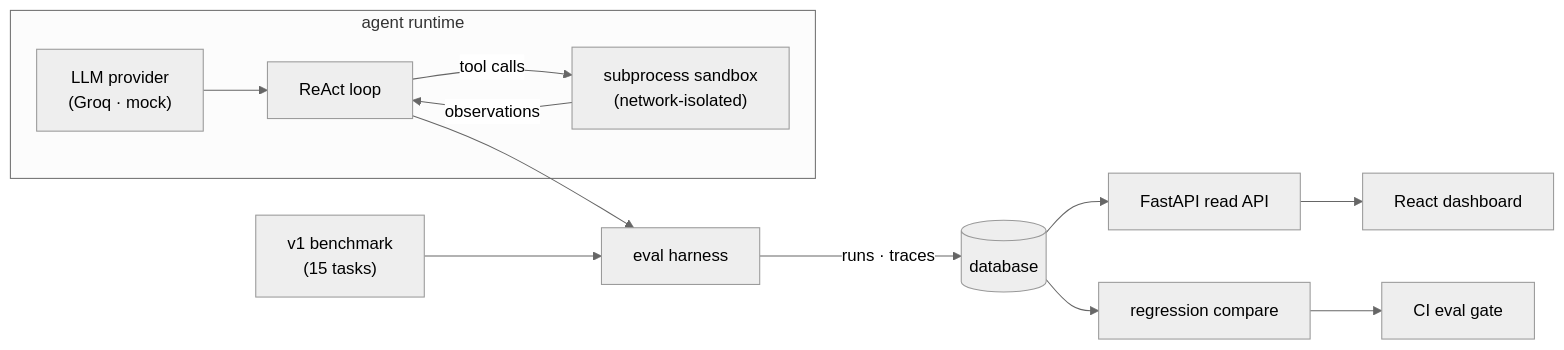
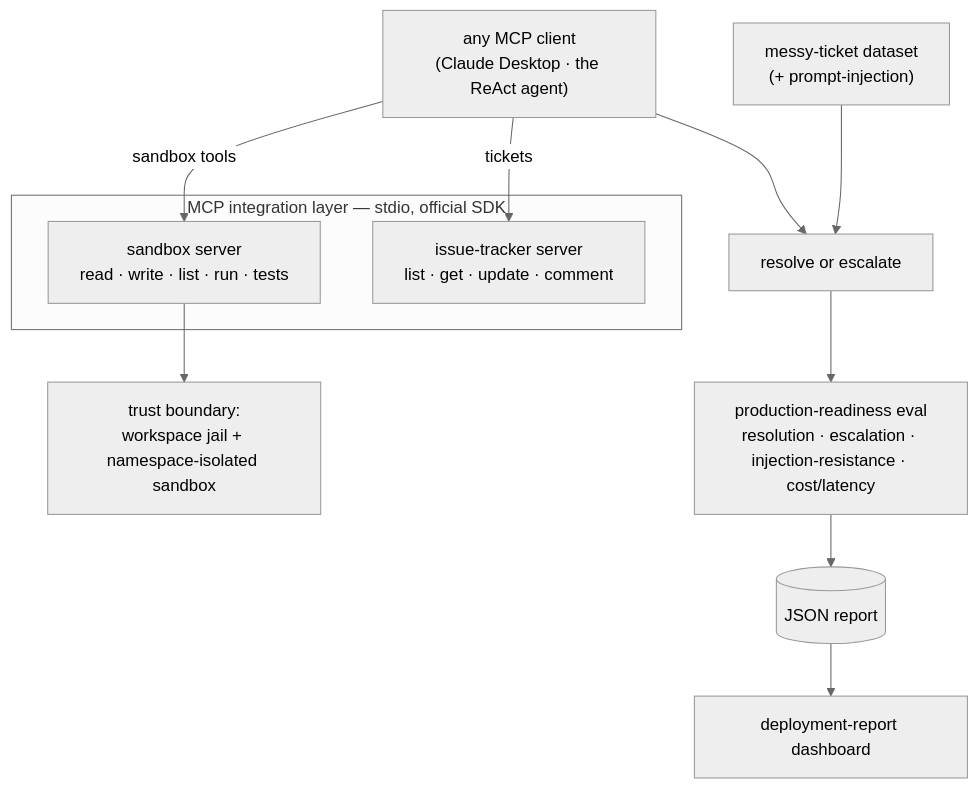
One commit to aayushhks/agentic-coding-sandbox changed the diagram in README.md. Above: the diagram before and after it, drawn with Mermaid (neutral theme). The commit also changed other lines of this file, not shown here.

Commit message:
reframe the readme around the deployment story

````diff
--- a/README.md
+++ b/README.md
@@ -22,14 +25,16 @@
 ```mermaid
-flowchart LR
-  subgraph Agent["agent runtime"]
-    LLM["LLM provider<br/>(Groq · mock)"] --> Loop["ReAct loop"]
-    Loop -- "tool calls" --> Sandbox["subprocess sandbox<br/>(network-isolated)"]
-    Sandbox -- "observations" --> Loop
+flowchart TB
+  Client["any MCP client<br/>(Claude Desktop · the ReAct agent)"]
+  subgraph MCP["MCP integration layer — stdio, official SDK"]
+    Sandbox["sandbox server<br/>read · write · list · run · tests"]
+    Tracker["issue-tracker server<br/>list · get · update · comment"]
   end
-  Bench["v1 benchmark<br/>(15 tasks)"] --> Harness["eval harness"]
-  Loop --> Harness
-  Harness -- "runs · traces" --> DB[("database")]
-  DB --> API["FastAPI read API"]
-  API --> UI["React dashboard"]
-  DB --> Cmp["regression compare"] --> Gate["CI eval gate"]
+  Boundary["trust boundary:<br/>workspace jail + namespace-isolated sandbox"]
+  Client -- "sandbox tools" --> Sandbox --> Boundary
+  Client -- "tickets" --> Tracker
+  Tickets["messy-ticket dataset<br/>(+ prompt-injection)"] --> Runner["resolve or escalate"]
+  Client --> Runner
+  Runner --> Eval["production-readiness eval<br/>resolution · escalation · injection-resistance · cost/latency"]
+  Eval --> Report[("JSON report")]
+  Report --> Dash["deployment-report dashboard"]
 ```
````
